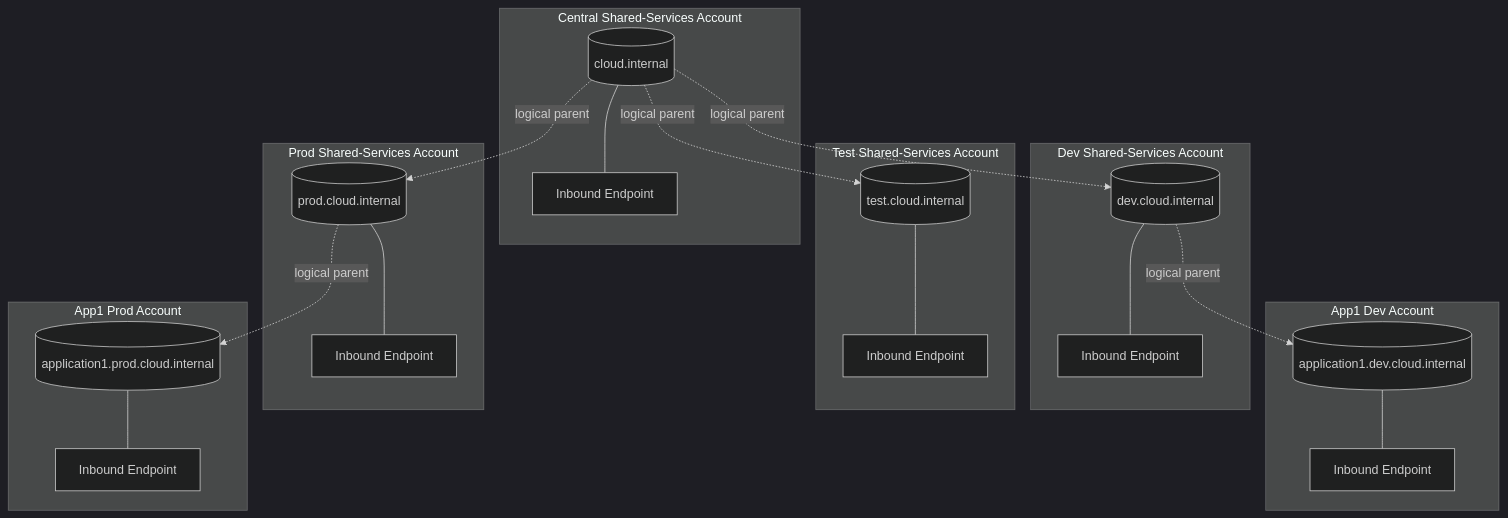
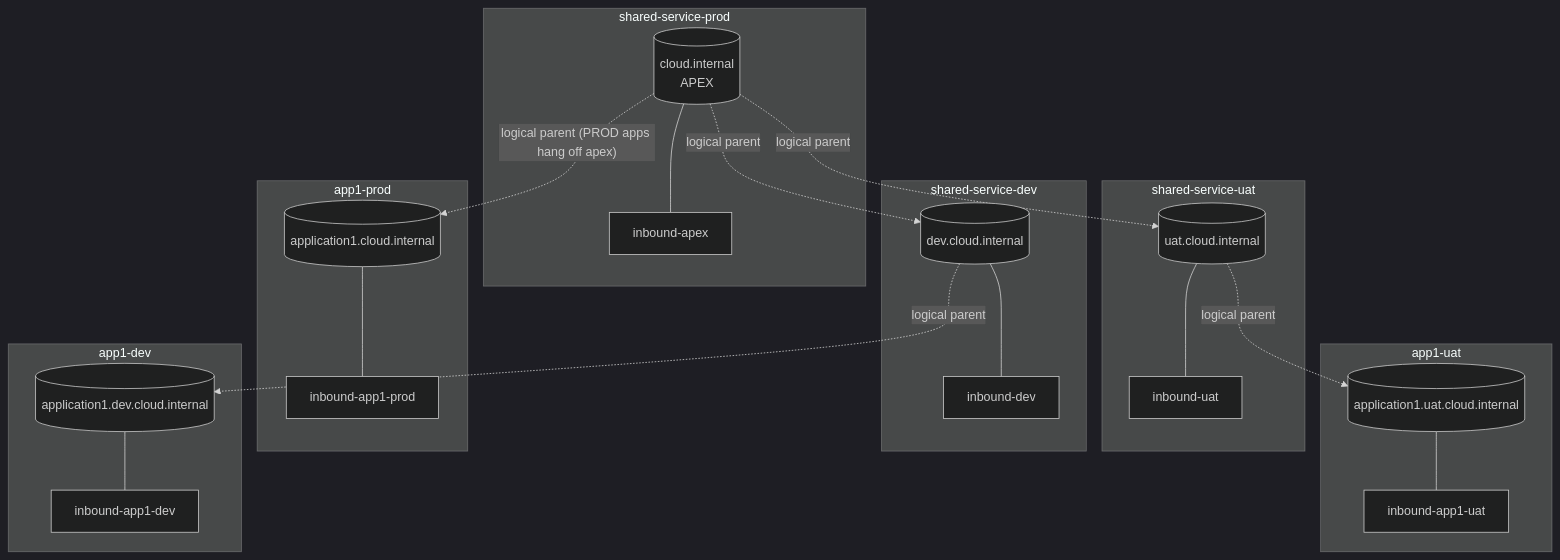
The first of 3 diagrams in dnsResolution/private-hosted-zones.md (joshuamfrancis/Wikis), drawn with Mermaid (dark theme) before and after one commit. The commit also changed other lines of this file, not shown here.

````diff
--- a/dnsResolution/private-hosted-zones.md
+++ b/dnsResolution/private-hosted-zones.md
@@ -133,44 +341,44 @@
 ```mermaid
 graph TB
-    subgraph CentralShared["Central Shared-Services Account"]
-        PHZ_APEX[(cloud.internal)]
-        IN_APEX[Inbound Endpoint]
+    subgraph SSPROD["shared-service-prod"]
+        PHZ_APEX[("cloud.internal<br/>APEX")]
+        IN_APEX["inbound-apex"]
         PHZ_APEX --- IN_APEX
     end
 
-    subgraph DevShared["Dev Shared-Services Account"]
-        PHZ_DEV[(dev.cloud.internal)]
-        IN_DEV[Inbound Endpoint]
+    subgraph SSUAT["shared-service-uat"]
+        PHZ_UAT[("uat.cloud.internal")]
+        IN_UAT["inbound-uat"]
+        PHZ_UAT --- IN_UAT
+    end
+
+    subgraph SSDEV["shared-service-dev"]
+        PHZ_DEV[("dev.cloud.internal")]
+        IN_DEV["inbound-dev"]
         PHZ_DEV --- IN_DEV
     end
 
-    subgraph TestShared["Test Shared-Services Account"]
-        PHZ_TEST[(test.cloud.internal)]
-        IN_TEST[Inbound Endpoint]
-        PHZ_TEST --- IN_TEST
+    subgraph A1P["app1-prod"]
+        PHZ_A1P[("application1.cloud.internal")]
+        IN_A1P["inbound-app1-prod"]
+        PHZ_A1P --- IN_A1P
     end
 
-    subgraph ProdShared["Prod Shared-Services Account"]
-        PHZ_PROD[(prod.cloud.internal)]
-        IN_PROD[Inbound Endpoint]
-        PHZ_PROD --- IN_PROD
+    subgraph A1U["app1-uat"]
+        PHZ_A1U[("application1.uat.cloud.internal")]
+        IN_A1U["inbound-app1-uat"]
+        PHZ_A1U --- IN_A1U
     end
 
-    subgraph App1Dev["App1 Dev Account"]
-        PHZ_A1D[(application1.dev.cloud.internal)]
-        IN_A1D[Inbound Endpoint]
+    subgraph A1D["app1-dev"]
+        PHZ_A1D[("application1.dev.cloud.internal")]
+        IN_A1D["inbound-app1-dev"]
         PHZ_A1D --- IN_A1D
     end
 
-    subgraph App1Prod["App1 Prod Account"]
-        PHZ_A1P[(application1.prod.cloud.internal)]
-        IN_A1P[Inbound Endpoint]
-        PHZ_A1P --- IN_A1P
-    end
-
-    PHZ_APEX -.logical parent.-> PHZ_DEV
-    PHZ_APEX -.logical parent.-> PHZ_TEST
-    PHZ_APEX -.logical parent.-> PHZ_PROD
-    PHZ_DEV -.logical parent.-> PHZ_A1D
-    PHZ_PROD -.logical parent.-> PHZ_A1P
+    PHZ_APEX -. logical parent .-> PHZ_UAT
+    PHZ_APEX -. logical parent .-> PHZ_DEV
+    PHZ_APEX -. "logical parent (PROD apps hang off apex)" .-> PHZ_A1P
+    PHZ_UAT  -. logical parent .-> PHZ_A1U
+    PHZ_DEV  -. logical parent .-> PHZ_A1D
 ```
````
